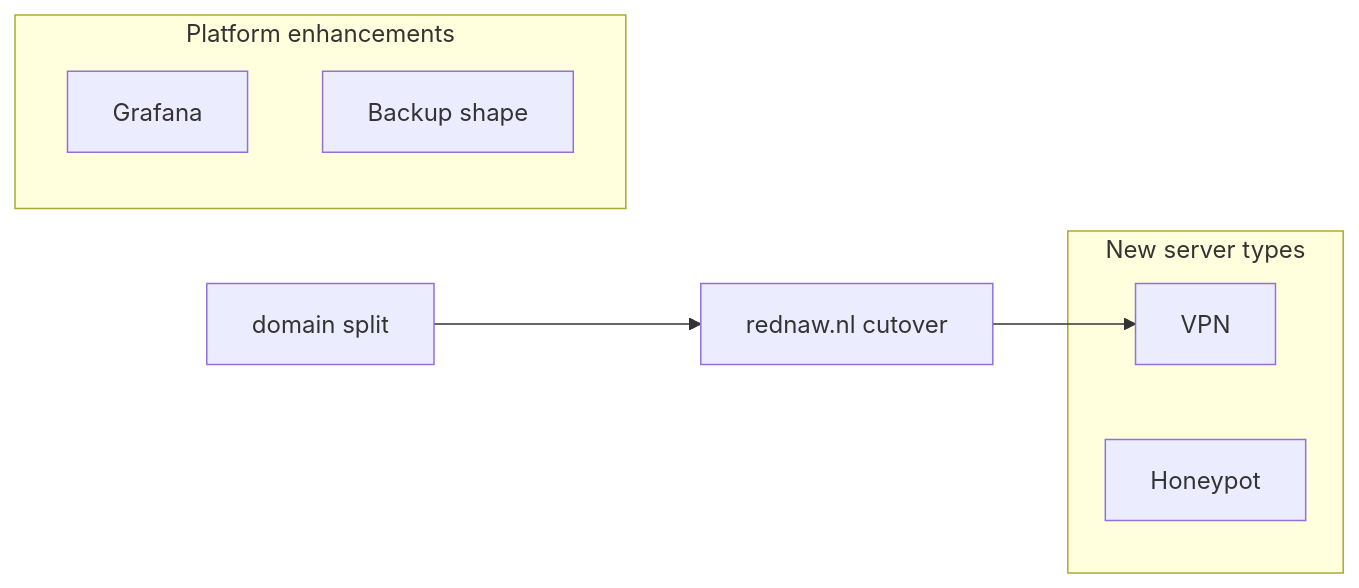
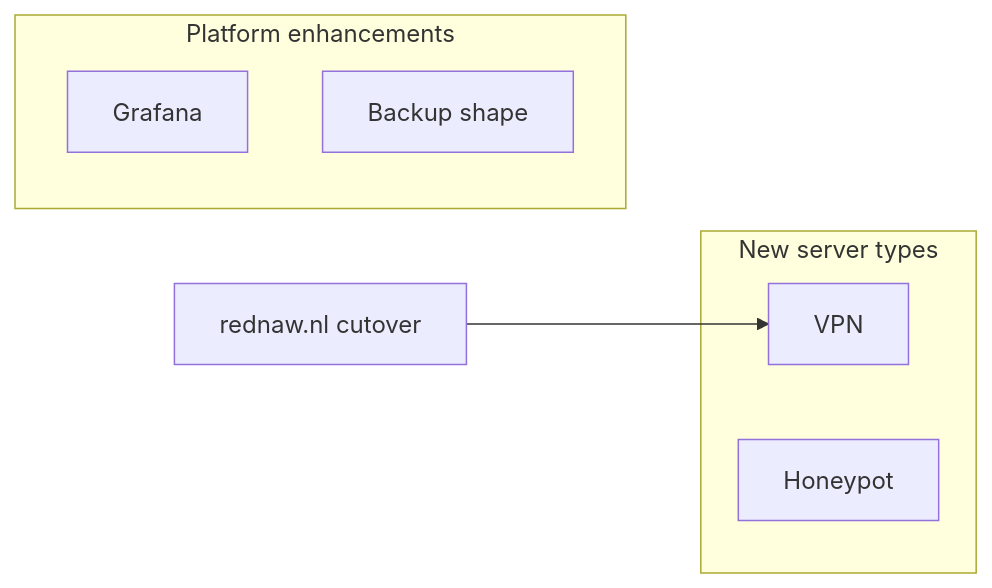
Before and after one commit to rednaw/iac: the diagram in docs/future/README.md, drawn with Mermaid. The commit also changed other lines of this file and 4 other files, not shown here.

````diff
--- a/docs/future/README.md
+++ b/docs/future/README.md
@@ -7,14 +7,13 @@
 ```mermaid
 flowchart LR
-  split[domain split]
   cutover[rednaw.nl cutover]
   subgraph servers [New server types]
     vpn[VPN]
     honeypot[Honeypot]
   end
   subgraph enhancements [Platform enhancements]
     grafana[Grafana]
     backup[Backup shape]
   end
-  split --> cutover --> vpn
+  cutover --> vpn
 ```
````
